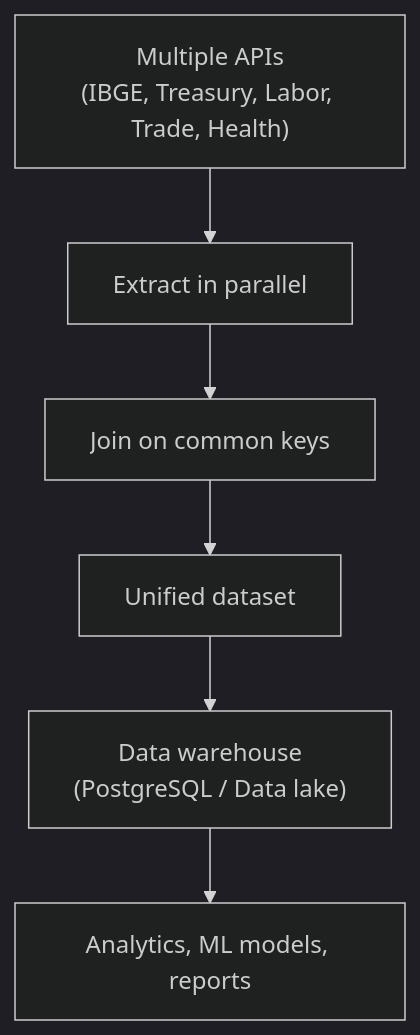
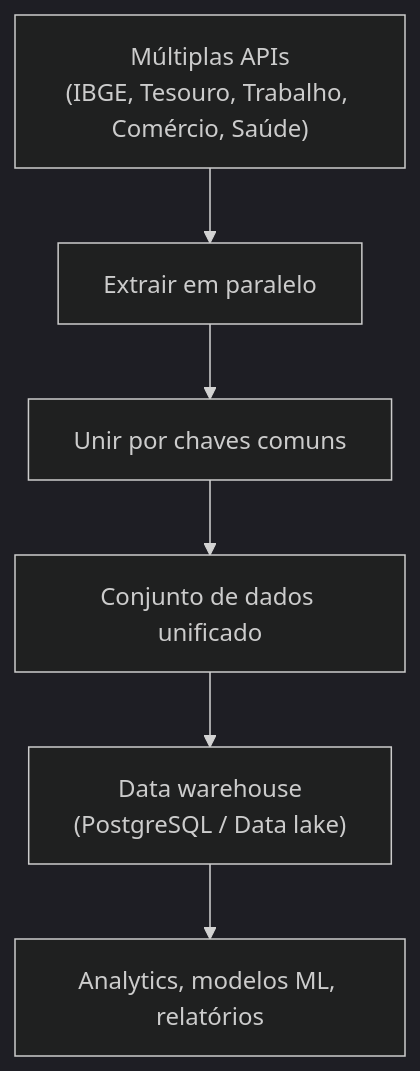
Before and after one commit to Quantilica/docs: the fifth of 9 diagrams in docs/architecture/overview.md, drawn with Mermaid (dark theme). The commit also changed other lines of this file and 31 other files, not shown here.

````diff
--- a/docs/architecture/overview.md
+++ b/docs/architecture/overview.md
@@ -247,8 +247,8 @@
 ```mermaid
 graph TD
-    A["Multiple APIs<br/>(IBGE, Treasury, Labor, Trade, Health)"] --> B["Extract in parallel"]
-    B --> C["Join on common keys"]
-    C --> D["Unified dataset"]
+    A["Múltiplas APIs<br/>(IBGE, Tesouro, Trabalho, Comércio, Saúde)"] --> B["Extrair em paralelo"]
+    B --> C["Unir por chaves comuns"]
+    C --> D["Conjunto de dados unificado"]
     D --> E["Data warehouse<br/>(PostgreSQL / Data lake)"]
-    E --> F["Analytics, ML models, reports"]
+    E --> F["Analytics, modelos ML, relatórios"]
 ```
````
